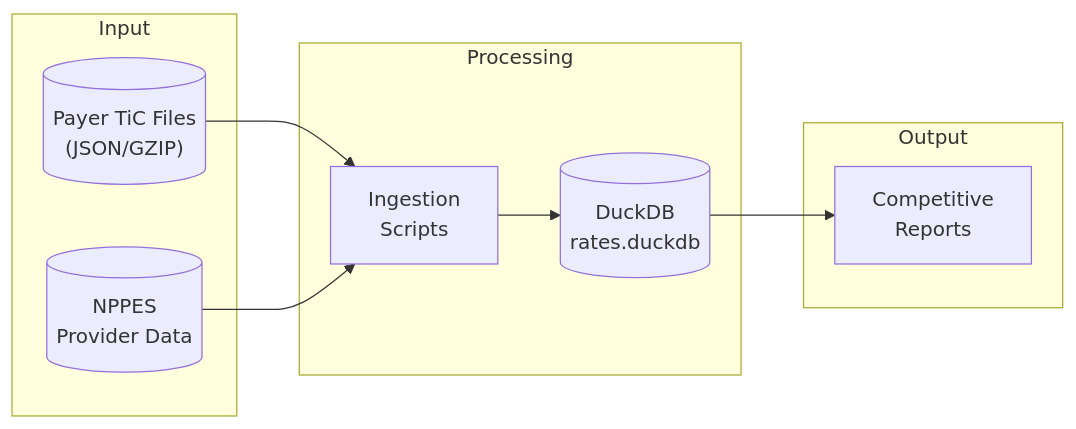
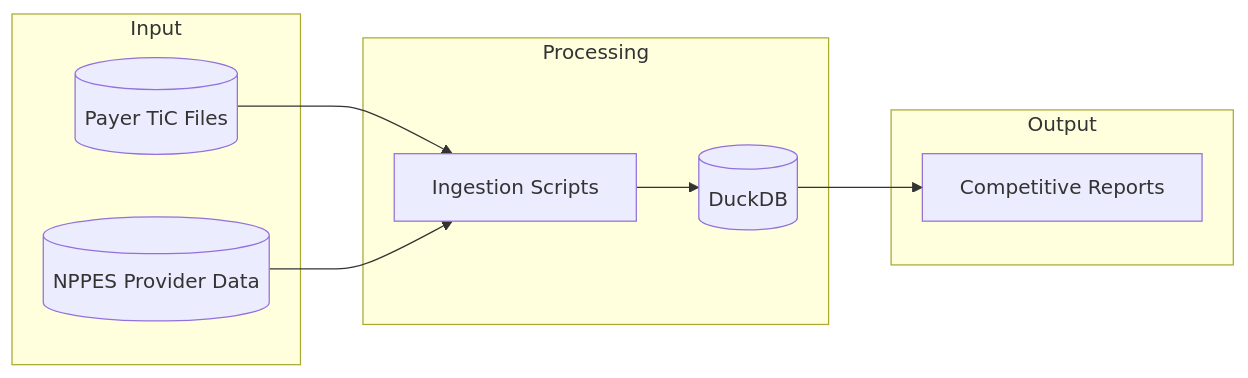
The first of 3 diagrams in README.md (2016judea/Physical-Therapy-Market-Analysis), drawn with Mermaid before and after one commit. The commit also changed other lines of this file and 6 other files, not shown here.

First line of the commit message:
Add CLI and restore missing payer ingestion scripts

````diff
--- a/README.md
+++ b/README.md
@@ -21,21 +21,21 @@
 ```mermaid
 flowchart LR
     subgraph Input
-        A[("Payer TiC Files\n(JSON/GZIP)")]
-        B[("NPPES\nProvider Data")]
+        A[("Payer TiC Files")]
+        B[("NPPES Provider Data")]
     end
     
     subgraph Processing
-        C["Ingestion\nScripts"]
-        D[("DuckDB\nrates.duckdb")]
+        C["Ingestion Scripts"]
+        D[("DuckDB")]
     end
     
     subgraph Output
-        E["Competitive\nReports"]
+        E["Competitive Reports"]
     end
     
     A --> C
     B --> C
     C --> D
     D --> E
 ```
````
